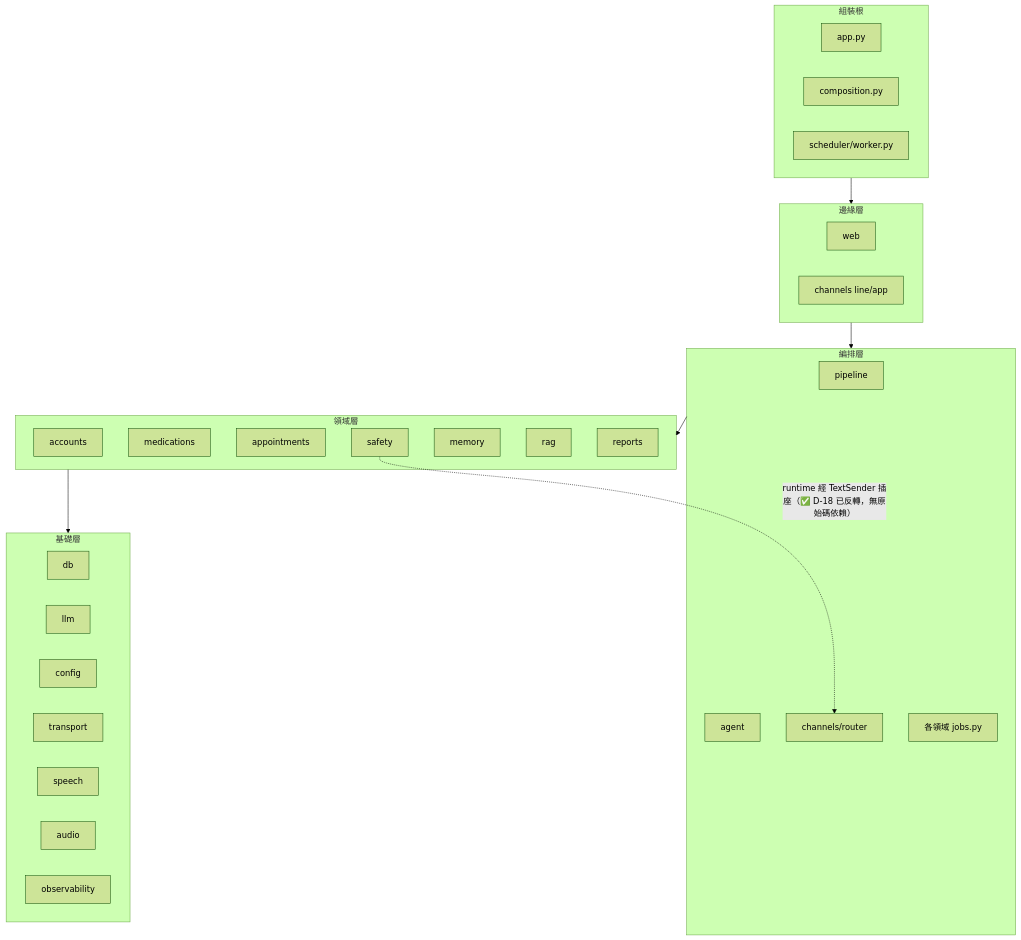
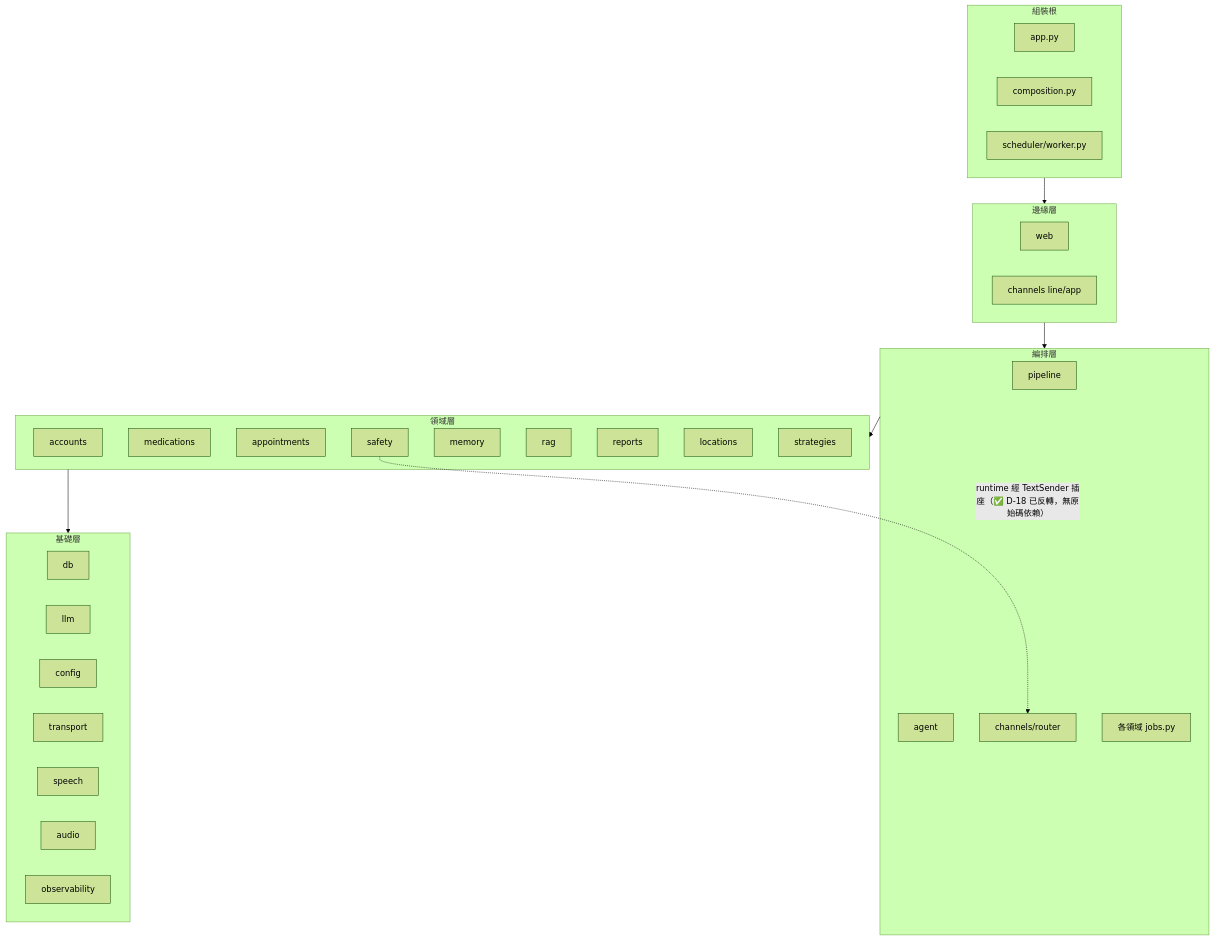
Before and after one commit to leo53021313/kinsun: the diagram in docs/dev/09_模組依賴關係.md, drawn with Mermaid (forest theme). The commit also changed other lines of this file and 15 other files, not shown here.

````diff
--- a/docs/dev/09_模組依賴關係.md
+++ b/docs/dev/09_模組依賴關係.md
@@ -18,20 +18,20 @@
 ```mermaid
 graph TD
     subgraph 組裝根
         APP[app.py] & COMP[composition.py] & WORKER[scheduler/worker.py]
     end
     subgraph 邊緣層
         WEB[web] & CH[channels line/app]
     end
     subgraph 編排層
         PIPE[pipeline] & AGENT[agent] & ROUTER[channels/router] & JOBS[各領域 jobs.py]
     end
     subgraph 領域層
-        ACC[accounts] & MED[medications] & APPT[appointments] & SAFE[safety] & MEM[memory] & RAG[rag] & REP[reports]
+        ACC[accounts] & MED[medications] & APPT[appointments] & SAFE[safety] & MEM[memory] & RAG[rag] & REP[reports] & LOC[locations] & STRAT[strategies]
     end
     subgraph 基礎層
         DB[db] & LLM[llm] & CFG[config] & TR[transport] & SP[speech] & AU[audio] & OBS[observability]
     end
     組裝根 --> 邊緣層 --> 編排層 --> 領域層 --> 基礎層
     SAFE -. "runtime 經 TextSender 插座（✅ D-18 已反轉，無原始碼依賴）" .-> ROUTER
 ```
````
